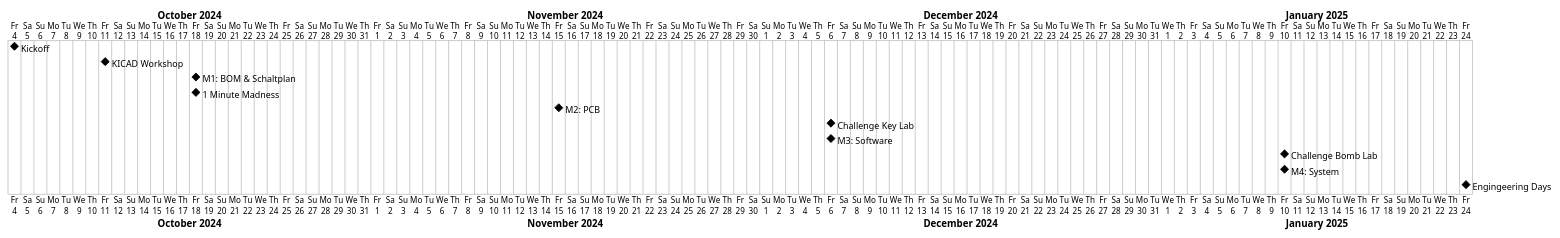
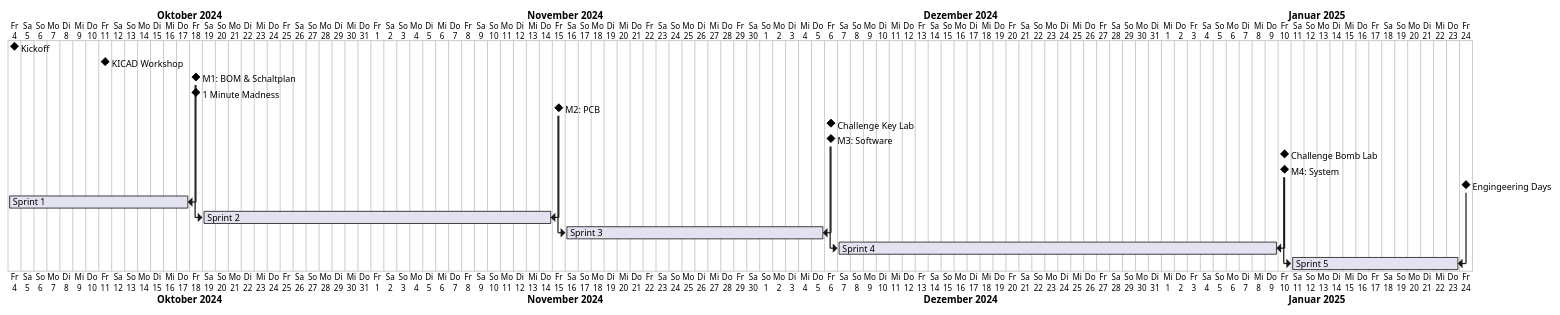
One commit to Universumgames/knock-knock-esp32 changed the diagram in scrum_timeline.plantuml. Above: the diagram before and after it, drawn with PlantUML. The commit also changed 13 other files, not shown here.

```diff
--- a/scrum_timeline.plantuml
+++ b/scrum_timeline.plantuml
@@ -1,13 +1,38 @@
 @startgantt
+' Project Deadlines
+language de
 Project starts 2024-10-04
 [Kickoff] happens at 2024-10-04
 [KICAD Workshop] happens at 2024-10-11
-[M1: BOM & Schaltplan] happens at 2024-10-18
+[M1: BOM & Schaltplan] as [M1] happens at 2024-10-18
 [1 Minute Madness] happens at 2024-10-18
-[M2: PCB] happens at 2024-11-15
+[M2: PCB] as [M2] happens at 2024-11-15
 [Challenge Key Lab] happens at 2024-12-06
-[M3: Software] happens at 2024-12-06
+[M3: Software] as [M3] happens at 2024-12-06
 [Challenge Bomb Lab] happens at 2025-01-10
-[M4: System] happens at 2025-01-10
-[Engingeering Days] happens at 2025-01-24
+[M4: System] as [M4] happens at 2025-01-10
+[Engingeering Days] as [End] happens at 2025-01-24
+
+' Sprints
+[Sprint 1] starts at 2024-10-04 and ends at [M1]'s start
+[Sprint 2] starts at [M1]'s end and ends at [M2]'s start
+[Sprint 3] starts at [M2]'s end and ends at [M3]'s start
+[Sprint 4] starts at [M3]'s end and ends at [M4]'s start
+[Sprint 5] starts at [M4]'s end and ends at [End]'s start
+
+' Aufgaben:
+' Umsetzung der Mustererkennung
+' Muster einspeichern
+' Musteraufnahme
+' Muster löschen
+' Schloss öffnen
+' Musterverwaltung
+' Musterwiedergabe
+' Schloss Status LED
+' Storage Driver
+' LED-Driver
+' Anfertigen der Holzbox
+' Notöffnungsmechanismus
+' Platine entwerfen
+' Fertigstellen des Systems
 @endgantt
```
